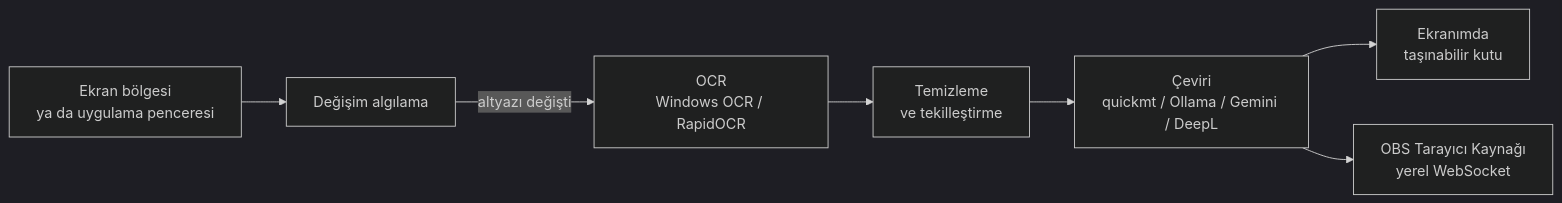
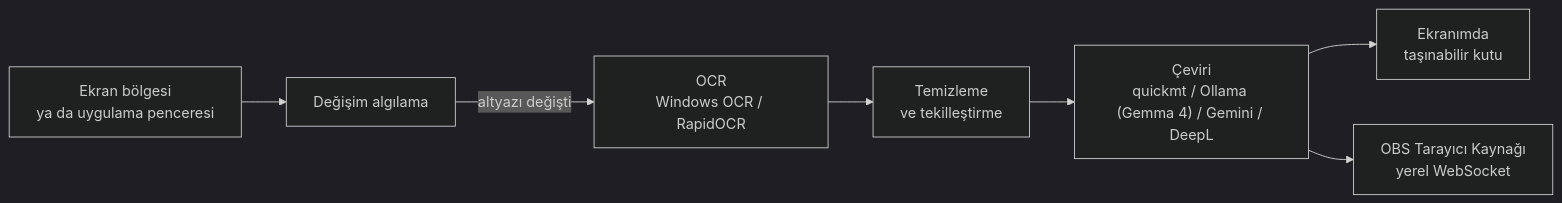
Before and after one commit to kutsalkiremitci/robz-vision: the diagram in README.md, drawn with Mermaid (dark theme). The commit also changed other lines of this file and 6 other files, not shown here.

````diff
--- a/README.md
+++ b/README.md
@@ -118,9 +125,9 @@
 ```mermaid
 flowchart LR
     A["Ekran bölgesi<br/>ya da uygulama penceresi"] --> B["Değişim algılama"]
     B -- "altyazı değişti" --> C["OCR<br/>Windows OCR / RapidOCR"]
     C --> D["Temizleme<br/>ve tekilleştirme"]
-    D --> E["Çeviri<br/>quickmt / Ollama / Gemini / DeepL"]
+    D --> E["Çeviri<br/>quickmt / Ollama (Gemma 4) / Gemini / DeepL"]
     E --> F["Ekranımda<br/>taşınabilir kutu"]
     E --> G["OBS Tarayıcı Kaynağı<br/>yerel WebSocket"]
 ```
````
